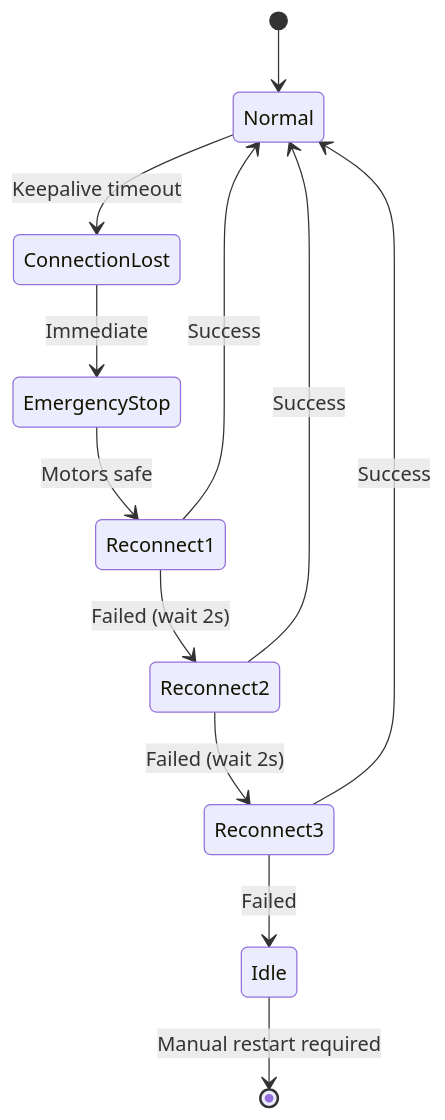
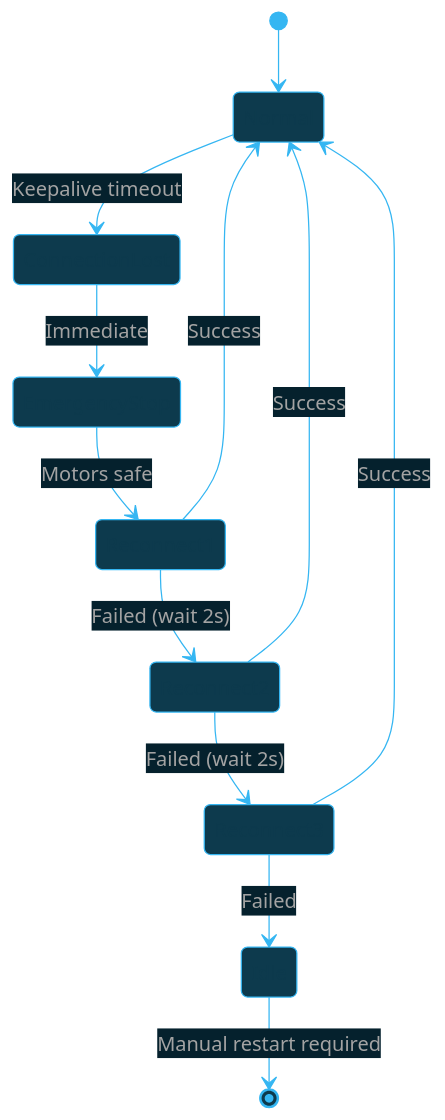
The fifth of 5 diagrams in docs/SYNCHRONIZATION_PROTOCOL.md (BlueBuzzah/BlueBuzzah-Firmware), drawn with Mermaid before and after one commit. The commit also changed other lines of this file and 12 other files, not shown here.

First line of the commit message:
docs: update system documentation to accurately reflect current state, update diagram formats and styling

````diff
--- a/docs/SYNCHRONIZATION_PROTOCOL.md
+++ b/docs/SYNCHRONIZATION_PROTOCOL.md
@@ -295,20 +398,37 @@
 ```mermaid
+%%{init: {'theme': 'base', 'themeVariables': {
+  'primaryColor': '#0d3a4d',
+  'primaryTextColor': '#fafafa',
+  'primaryBorderColor': '#35B6F2',
+  'lineColor': '#35B6F2',
+  'secondaryColor': '#05212D',
+  'tertiaryColor': '#0a0a0a',
+  'background': '#0a0a0a',
+  'labelTextColor': '#fafafa',
+  'stateBkg': '#0d3a4d',
+  'stateBorder': '#35B6F2',
+  'transitionColor': '#35B6F2',
+  'transitionLabelColor': '#a3a3a3',
+  'noteBkgColor': '#05212D',
+  'noteBorderColor': '#35B6F2',
+  'noteTextColor': '#fafafa'
+}}}%%
 stateDiagram-v2
     [*] --> Normal
 
     Normal --> ConnectionLost: Keepalive timeout
 
     ConnectionLost --> EmergencyStop: Immediate
     EmergencyStop --> Reconnect1: Motors safe
 
     Reconnect1 --> Normal: Success
     Reconnect1 --> Reconnect2: Failed (wait 2s)
 
     Reconnect2 --> Normal: Success
     Reconnect2 --> Reconnect3: Failed (wait 2s)
 
     Reconnect3 --> Normal: Success
     Reconnect3 --> Idle: Failed
 
     Idle --> [*]: Manual restart required
 ```
````
